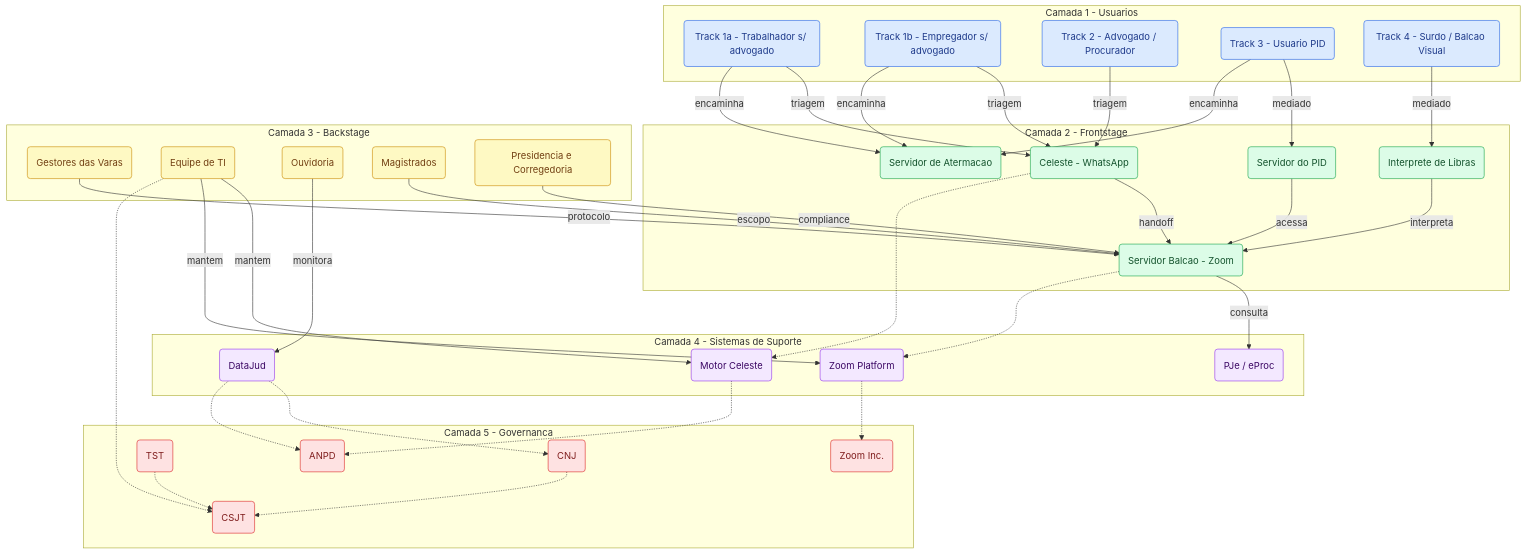
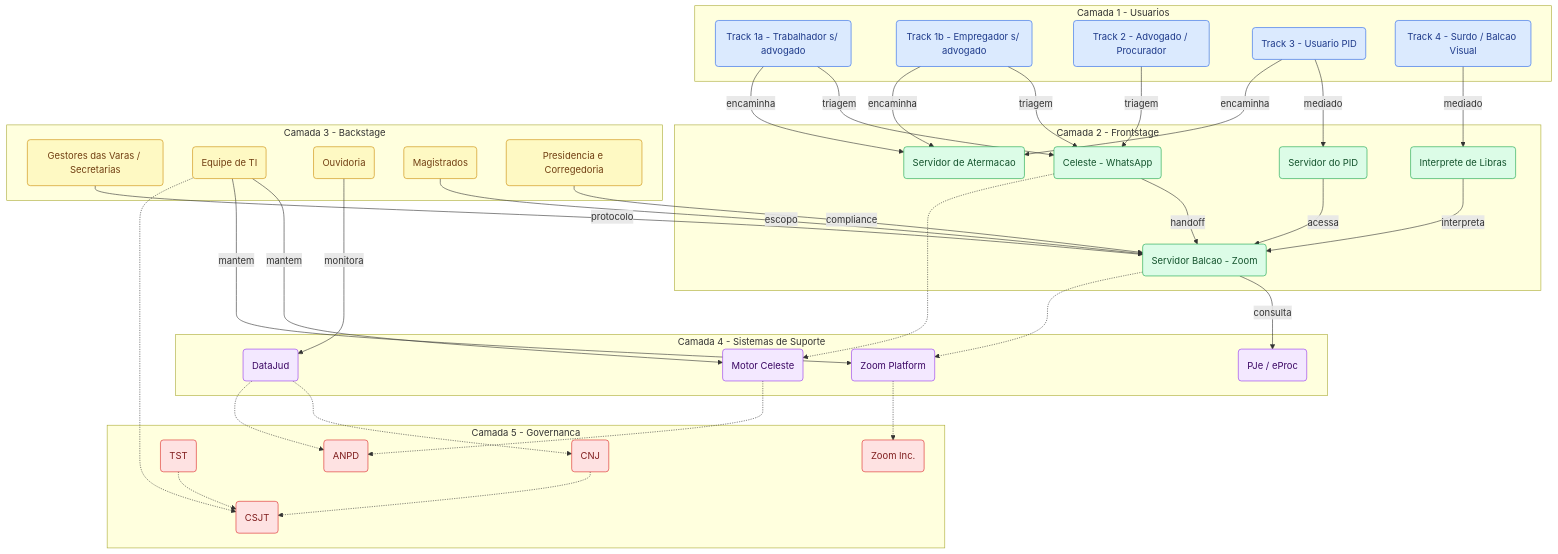
The diagram in C_mapa_atores.md (RafaelCruz86/Exercicio2.1), drawn with Mermaid before and after one commit. The commit also changed other lines of this file and 1 other file, not shown here.

````diff
--- a/C_mapa_atores.md
+++ b/C_mapa_atores.md
@@ -8,77 +25,77 @@
 ```mermaid
 graph TB
     classDef usuario    fill:#dbeafe,stroke:#2563eb,color:#1e3a8a
     classDef frontstage fill:#dcfce7,stroke:#16a34a,color:#14532d
     classDef backstage  fill:#fef9c3,stroke:#ca8a04,color:#713f12
     classDef sistema    fill:#f3e8ff,stroke:#9333ea,color:#3b0764
     classDef gov        fill:#fee2e2,stroke:#dc2626,color:#7f1d1d
 
     subgraph C1["Camada 1 - Usuarios"]
         T1A("Track 1a - Trabalhador s/ advogado"):::usuario
         T1B("Track 1b - Empregador s/ advogado"):::usuario
         T2("Track 2 - Advogado / Procurador"):::usuario
         T3("Track 3 - Usuario PID"):::usuario
         T4("Track 4 - Surdo / Balcao Visual"):::usuario
     end
 
     subgraph C2["Camada 2 - Frontstage"]
         CEL("Celeste - WhatsApp"):::frontstage
         SVR("Servidor Balcao - Zoom"):::frontstage
         INT("Interprete de Libras"):::frontstage
         SPID("Servidor do PID"):::frontstage
         ATER("Servidor de Atermacao"):::frontstage
     end
 
     subgraph C3["Camada 3 - Backstage"]
-        GEST("Gestores das Varas"):::backstage
+        GEST("Gestores das Varas / Secretarias"):::backstage
         TI("Equipe de TI"):::backstage
         OUV("Ouvidoria"):::backstage
         MAG("Magistrados"):::backstage
         CORR("Presidencia e Corregedoria"):::backstage
     end
 
     subgraph C4["Camada 4 - Sistemas de Suporte"]
         PJE("PJe / eProc"):::sistema
         ZOOMP("Zoom Platform"):::sistema
         CELM("Motor Celeste"):::sistema
         DJ("DataJud"):::sistema
     end
 
     subgraph C5["Camada 5 - Governanca"]
         CNJ("CNJ"):::gov
         TST("TST"):::gov
         CSJT("CSJT"):::gov
         ANPD("ANPD"):::gov
         PROV("Zoom Inc."):::gov
     end
 
     T1A -->|triagem| CEL
     T1B -->|triagem| CEL
     T2  -->|triagem| CEL
     T3  -->|mediado| SPID
     T4  -->|mediado| INT
     CEL -->|handoff| SVR
     SPID -->|acessa| SVR
     INT  -->|interpreta| SVR
     T1A -->|encaminha| ATER
     T1B -->|encaminha| ATER
     T3  -->|encaminha| ATER
     SVR -->|consulta| PJE
 
     GEST -->|protocolo| SVR
     MAG  -->|escopo| SVR
     TI   -->|mantem| CELM
     TI   -->|mantem| ZOOMP
     OUV  -->|monitora| DJ
     CORR -->|compliance| SVR
 
     CEL   -.-> CELM
     SVR   -.-> ZOOMP
     DJ    -.-> CNJ
     TI    -.-> CSJT
     CNJ   -.-> CSJT
     TST   -.-> CSJT
     CELM  -.-> ANPD
     DJ    -.-> ANPD
     ZOOMP -.-> PROV
 ```
````
